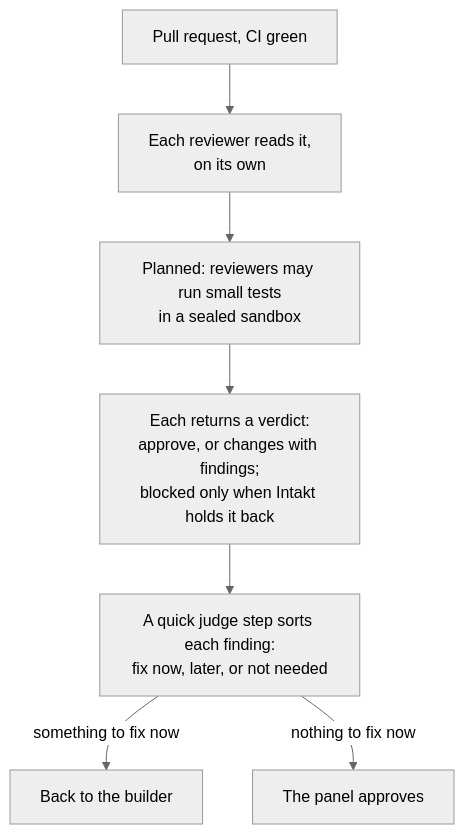
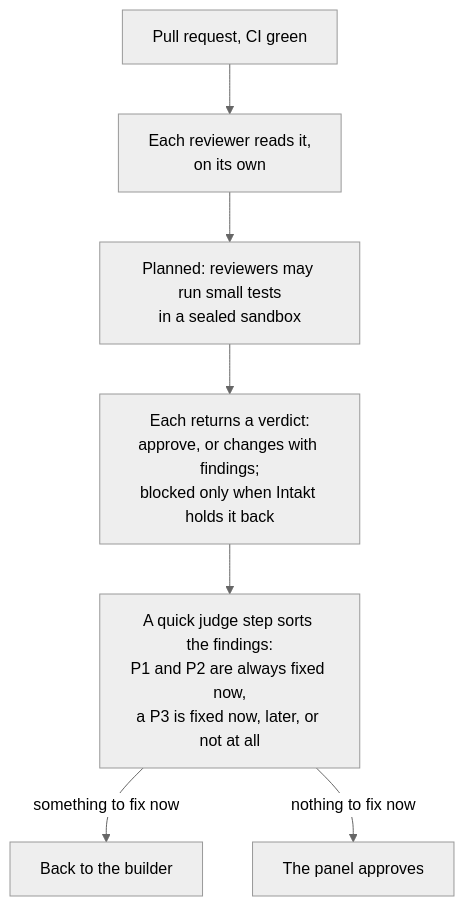
One commit to shinyredapples/intakt changed the fourth of 5 diagrams in docs/guide/the-journey-of-a-task.md. Above: the diagram before and after it, drawn with Mermaid (neutral theme). The commit also changed other lines of this file and 6 other files, not shown here.

Commit message:
docs(review): describe the judge as sorting P3 findings, never removing a P1 or P2

````diff
--- a/docs/guide/the-journey-of-a-task.md
+++ b/docs/guide/the-journey-of-a-task.md
@@ -94,9 +94,9 @@
 ```mermaid
 flowchart TD
   pr[Pull request, CI green] --> panel[Each reviewer reads it,<br/>on its own]
   panel --> probes[Planned: reviewers may run small tests<br/>in a sealed sandbox]
   probes --> verdicts[Each returns a verdict:<br/>approve, or changes with findings;<br/>blocked only when Intakt holds it back]
-  verdicts --> judge[A quick judge step sorts each finding:<br/>fix now, later, or not needed]
+  verdicts --> judge[A quick judge step sorts the findings:<br/>P1 and P2 are always fixed now,<br/>a P3 is fixed now, later, or not at all]
   judge -- something to fix now --> build[Back to the builder]
   judge -- nothing to fix now --> pass[The panel approves]
 ```
````
